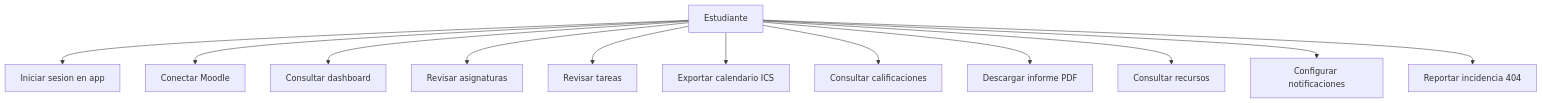
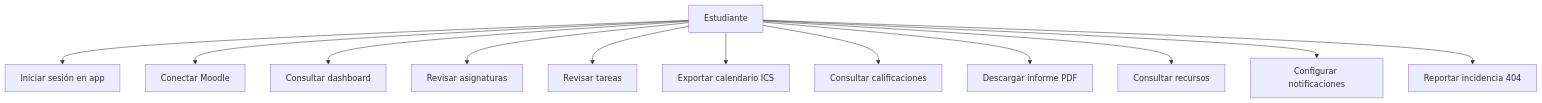
One commit to PabloFdez06/OrganizaT changed the third of 4 diagrams in PFF_TFG/docs/05-diseno.md. Above: the diagram before and after it, drawn with Mermaid. The commit also changed other lines of this file and 17 other files, not shown here.

First line of the commit message:
Documentacion mejorada, se han corregido varios fallos de ortografía, se han adjuntado imágenes en los diagramas de mermaid para ayudar a la comprensión de los mismos.

````diff
--- a/PFF_TFG/docs/05-diseno.md
+++ b/PFF_TFG/docs/05-diseno.md
@@ -130,14 +135,14 @@
 ```mermaid
 flowchart TD
-	A[Estudiante] --> B[Iniciar sesion en app]
+	A[Estudiante] --> B[Iniciar sesión en app]
 	A --> C[Conectar Moodle]
 	A --> D[Consultar dashboard]
 	A --> E[Revisar asignaturas]
 	A --> F[Revisar tareas]
 	A --> G[Exportar calendario ICS]
 	A --> H[Consultar calificaciones]
 	A --> I[Descargar informe PDF]
 	A --> J[Consultar recursos]
 	A --> K[Configurar notificaciones]
 	A --> L[Reportar incidencia 404]
 ```
````
